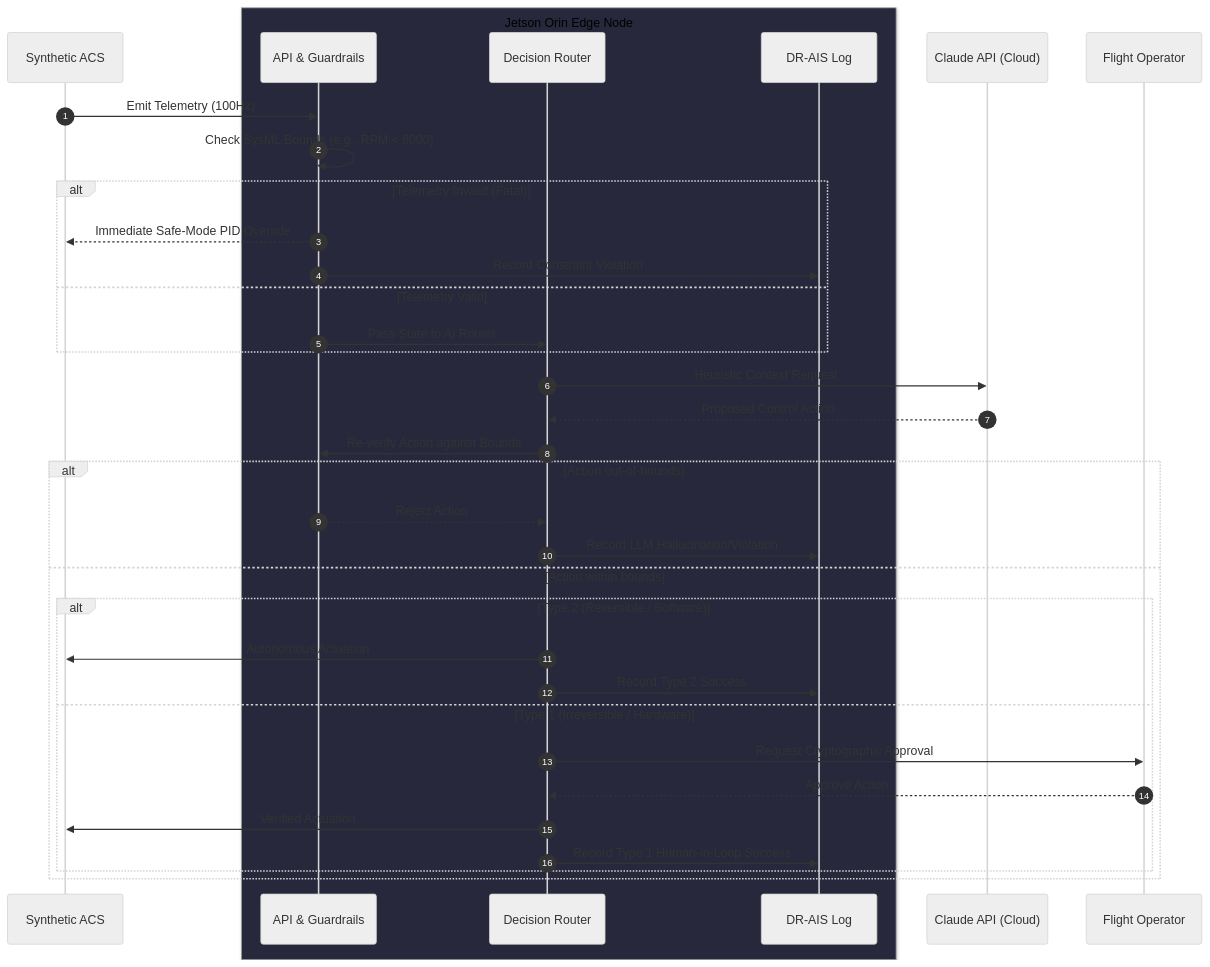
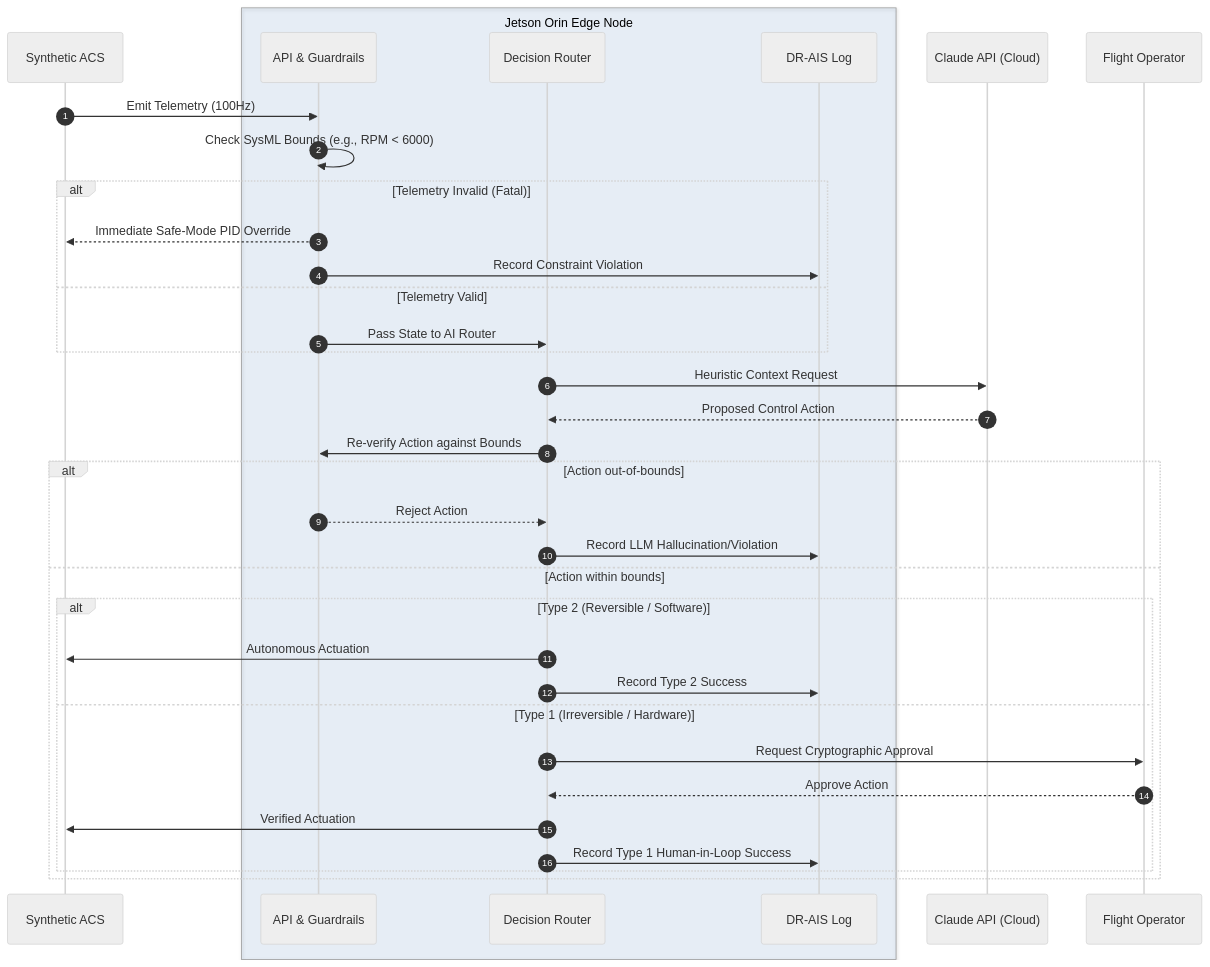
One commit to camirian/safe-acs changed the third of 4 diagrams in ARCHITECTURE.md. Above: the diagram before and after it, drawn with Mermaid (neutral theme).

Commit message:
docs: use a lighter transparent box fill in sequence diagram to fix GitHub text contrast

````diff
--- a/ARCHITECTURE.md
+++ b/ARCHITECTURE.md
@@ -87,43 +87,43 @@
 ```mermaid
 sequenceDiagram
     autonumber
     
     participant Sim as Synthetic ACS
-    box rgb(40, 40, 60) Jetson Orin Edge Node
+    box rgba(67, 141, 213, 0.1) Jetson Orin Edge Node
     participant Edge as API & Guardrails
     participant Router as Decision Router
     participant Log as DR-AIS Log
     end
     participant Claude as Claude API (Cloud)
     participant Human as Flight Operator
     
     Sim->>Edge: Emit Telemetry (100Hz)
     Edge->>Edge: Check SysML Bounds (e.g., RPM < 6000)
     
     alt Telemetry Invalid (Fatal)
         Edge-->>Sim: Immediate Safe-Mode PID Override
         Edge->>Log: Record Constraint Violation
     else Telemetry Valid
         Edge->>Router: Pass State to AI Router
     end
     
     Router->>Claude: Heuristic Context Request
     Claude-->>Router: Proposed Control Action
     
     Router->>Edge: Re-verify Action against Bounds
     
     alt Action out-of-bounds
         Edge-->>Router: Reject Action
         Router->>Log: Record LLM Hallucination/Violation
     else Action within bounds
         alt Type 2 (Reversible / Software)
             Router->>Sim: Autonomous Actuation
             Router->>Log: Record Type 2 Success
         else Type 1 (Irreversible / Hardware)
             Router->>Human: Request Cryptographic Approval
             Human-->>Router: Approve Action
             Router->>Sim: Verified Actuation
             Router->>Log: Record Type 1 Human-in-Loop Success
         end
     end
 ```
````
